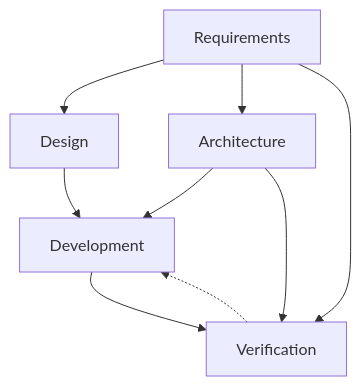
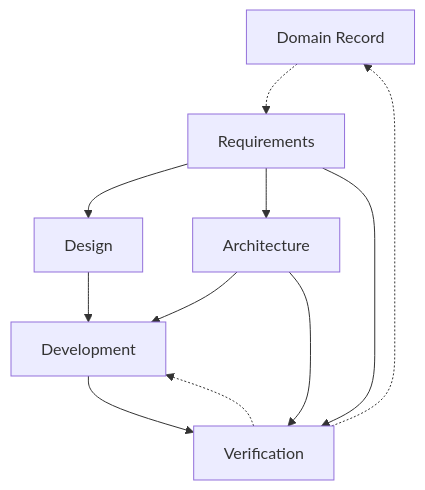
Before and after one commit to clitetailor/artifact-driven-development: the first of 3 diagrams in reference/artifact-dep-graph.md, drawn with Mermaid. The commit also changed other lines of this file and 5 other files, not shown here.

First line of the commit message:
Make system-capability the shipped default domain-record

````diff
--- a/reference/artifact-dep-graph.md
+++ b/reference/artifact-dep-graph.md
@@ -23,11 +24,13 @@
 ```mermaid
 graph TD
+    DR["Domain Record"] -.-> REQ
     REQ[Requirements] --> DES[Design]
     REQ --> ARC[Architecture]
     REQ --> VER[Verification]
     DES --> DEV[Development]
     ARC --> DEV
     ARC --> VER
     DEV --> VER
     VER -.-> DEV
+    VER -.-> DR
 ```
````
